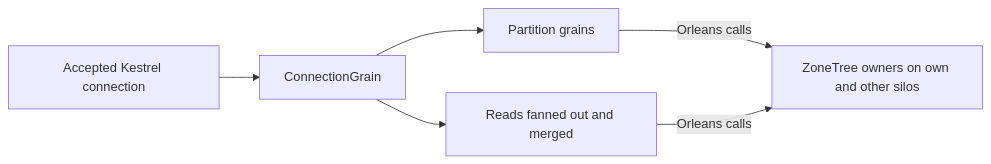
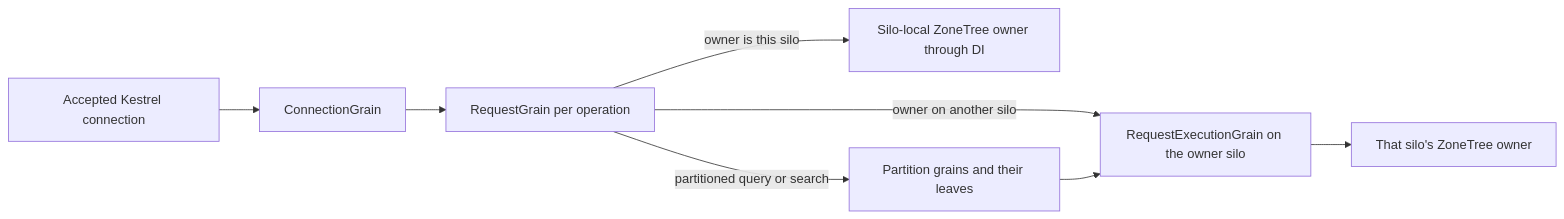
Before and after one commit to managedcode/KeyLoad: the diagram in docs/ADR/ADR-125-connection-owned-execution.md, drawn with Mermaid. The commit also changed other lines of this file and 673 other files, not shown here.

````diff
--- a/docs/ADR/ADR-125-connection-owned-execution.md
+++ b/docs/ADR/ADR-125-connection-owned-execution.md
@@ -9,8 +9,10 @@
 ```mermaid
 flowchart LR
     T[Accepted Kestrel connection] --> C[ConnectionGrain]
-    C --> P[Partition grains]
-    C --> R[Reads fanned out and merged]
-    P -->|Orleans calls| Z[ZoneTree owners on own and other silos]
-    R -->|Orleans calls| Z
+    C --> Q[RequestGrain per operation]
+    Q -->|owner is this silo| Z[Silo-local ZoneTree owner through DI]
+    Q -->|owner on another silo| L[RequestExecutionGrain on the owner silo]
+    Q -->|partitioned query or search| P[Partition grains and their leaves]
+    L --> Z2[That silo's ZoneTree owner]
+    P --> L
 ```
````
